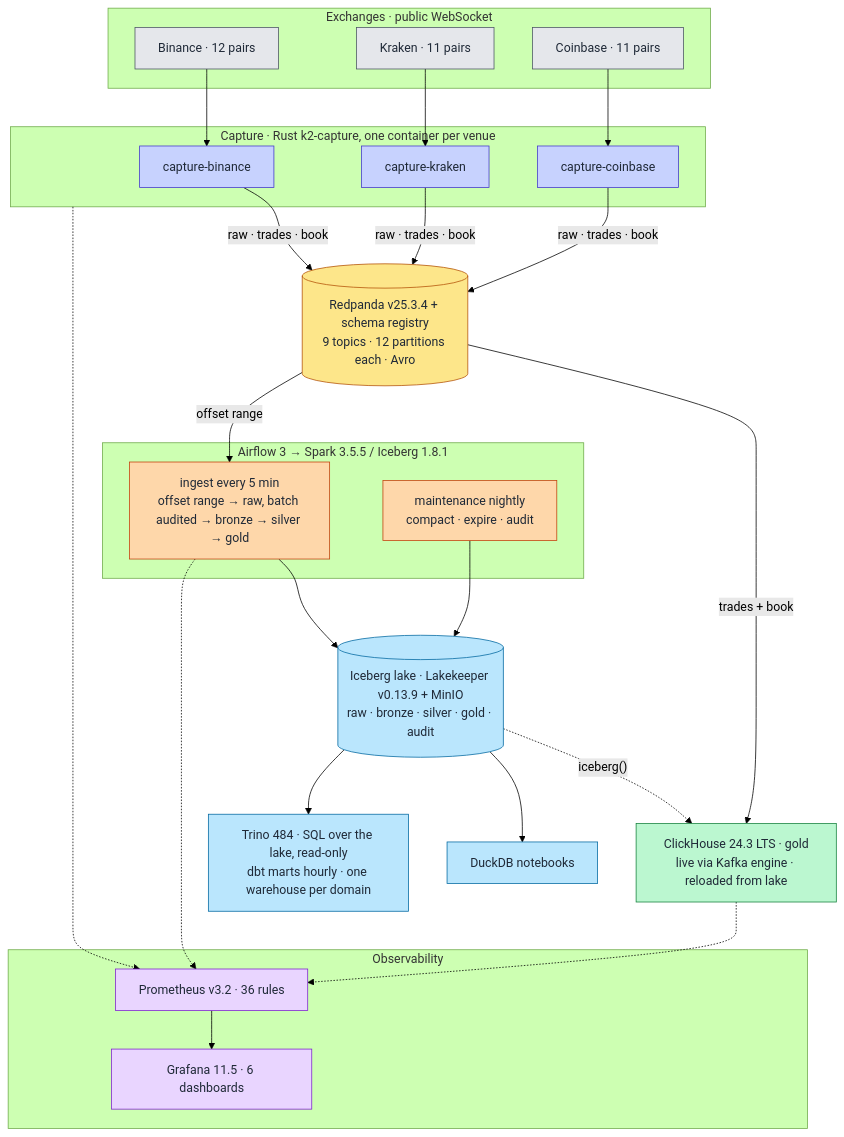
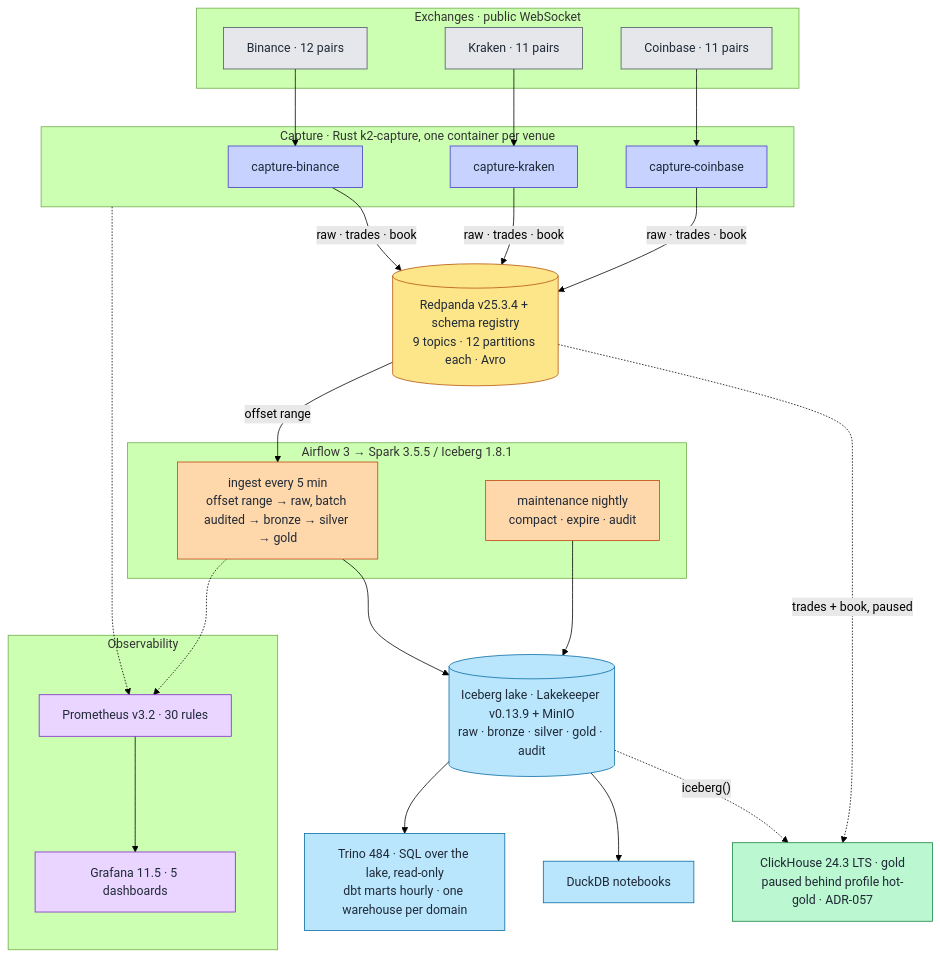
The diagram in docs/architecture/04-system-overview.md (rjdscott/k2-market-data-platform), drawn with Mermaid (forest theme) before and after one commit. The commit also changed other lines of this file and 15 other files, not shown here.

First line of the commit message:
docs: ClickHouse paused in the README, CLAUDE.md and chapters (N0-11)

````diff
--- a/docs/architecture/04-system-overview.md
+++ b/docs/architecture/04-system-overview.md
@@ -31,53 +31,53 @@
 ```mermaid
 flowchart TB
     subgraph EX["Exchanges · public WebSocket"]
         BIN["Binance · 12 pairs"]
         KRK["Kraken · 11 pairs"]
         CBS["Coinbase · 11 pairs"]
     end
     subgraph CAP["Capture · Rust k2-capture, one container per venue"]
         FHB["capture-binance"]
         FHK["capture-kraken"]
         FHC["capture-coinbase"]
     end
     RP[("Redpanda v25.3.4 + schema registry<br/>9 topics · 12 partitions each · Avro")]
     subgraph BATCH["Airflow 3 → Spark 3.5.5 / Iceberg 1.8.1"]
         ING["ingest every 5 min<br/>offset range → raw, batch audited → bronze → silver → gold"]
         MNT["maintenance nightly<br/>compact · expire · audit"]
     end
     ICE[("Iceberg lake · Lakekeeper v0.13.9 + MinIO<br/>raw · bronze · silver · gold · audit")]
-    CH["ClickHouse 24.3 LTS · gold<br/>live via Kafka engine · reloaded from lake"]
+    CH["ClickHouse 24.3 LTS · gold<br/>paused behind profile hot-gold · ADR-057"]
     NB["DuckDB notebooks"]
     TR["Trino 484 · SQL over the lake, read-only<br/>dbt marts hourly · one warehouse per domain"]
     subgraph OBS["Observability"]
-        PR["Prometheus v3.2 · 36 rules"]
-        GR["Grafana 11.5 · 6 dashboards"]
+        PR["Prometheus v3.2 · 30 rules"]
+        GR["Grafana 11.5 · 5 dashboards"]
     end
 
     BIN --> FHB
     KRK --> FHK
     CBS --> FHC
     FHB & FHK & FHC -->|"raw · trades · book"| RP
-    RP -->|"trades + book"| CH
+    RP -.->|"trades + book, paused"| CH
     RP -->|"offset range"| ING --> ICE
     MNT --> ICE
     ICE -.->|"iceberg()"| CH
     ICE --> NB
     ICE --> TR
-    CAP & CH & ING -.-> PR --> GR
+    CAP & ING -.-> PR --> GR
 
     classDef ex fill:#e5e7eb,stroke:#4b5563,color:#1f2937
     classDef rs fill:#c7d2fe,stroke:#4338ca,color:#1f2937
     classDef rp fill:#fde68a,stroke:#b45309,color:#1f2937
     classDef ch fill:#bbf7d0,stroke:#15803d,color:#1f2937
     classDef sp fill:#fed7aa,stroke:#c2410c,color:#1f2937
     classDef lk fill:#bae6fd,stroke:#0369a1,color:#1f2937
     classDef ob fill:#e9d5ff,stroke:#7e22ce,color:#1f2937
     class BIN,KRK,CBS ex
     class FHB,FHK,FHC rs
     class RP rp
     class CH ch
     class ING,MNT sp
     class ICE,NB,TR lk
     class PR,GR ob
 ```
````
